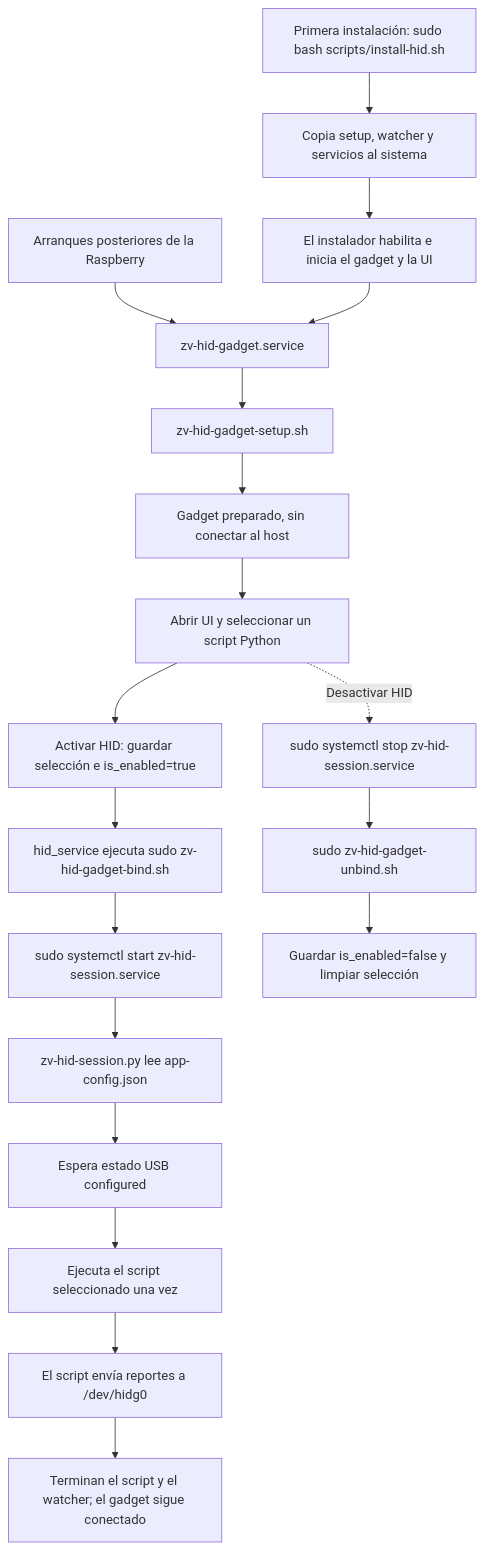
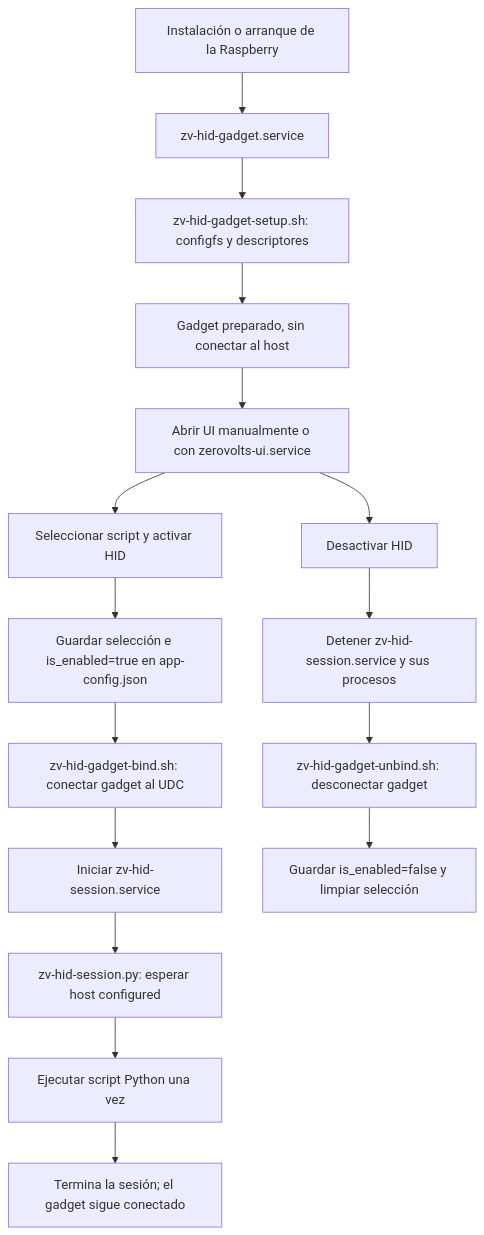
Before and after one commit to zero-volts/zerovolts-ui: the first of 2 diagrams in README.md, drawn with Mermaid. The commit also changed other lines of this file, not shown here.

````diff
--- a/README.md
+++ b/README.md
@@ -275,21 +266,18 @@
 ```mermaid
 flowchart TD
-    Install["Primera instalación: sudo bash scripts/install-hid.sh"] --> Files["Copia setup, watcher y servicios al sistema"]
-    Files --> Enable["El instalador habilita e inicia el gadget y la UI"]
-    Boot["Arranques posteriores de la Raspberry"] --> GadgetService["zv-hid-gadget.service"]
-    Enable --> GadgetService
-    GadgetService --> Setup["zv-hid-gadget-setup.sh"]
-    Setup --> Ready["Gadget preparado, sin conectar al host"]
-    Ready --> UI["Abrir UI y seleccionar un script Python"]
-    UI --> Save["Activar HID: guardar selección e is_enabled=true"]
-    Save --> Bind["hid_service ejecuta sudo zv-hid-gadget-bind.sh"]
-    Bind --> Session["sudo systemctl start zv-hid-session.service"]
-    Session --> Watcher["zv-hid-session.py lee app-config.json"]
-    Watcher --> Wait["Espera estado USB configured"]
-    Wait --> Run["Ejecuta el script seleccionado una vez"]
-    Run --> Reports["El script envía reportes a /dev/hidg0"]
-    Reports --> End["Terminan el script y el watcher; el gadget sigue conectado"]
-    UI -. "Desactivar HID" .-> Stop["sudo systemctl stop zv-hid-session.service"]
-    Stop --> Unbind["sudo zv-hid-gadget-unbind.sh"]
-    Unbind --> Clear["Guardar is_enabled=false y limpiar selección"]
+    BOOT["Instalación o arranque de la Raspberry"] --> GADGET["zv-hid-gadget.service"]
+    GADGET --> SETUP["zv-hid-gadget-setup.sh: configfs y descriptores"]
+    SETUP --> READY["Gadget preparado, sin conectar al host"]
+    READY --> UI["Abrir UI manualmente o con zerovolts-ui.service"]
+    UI --> SELECT["Seleccionar script y activar HID"]
+    SELECT --> SAVE["Guardar selección e is_enabled=true en app-config.json"]
+    SAVE --> BIND["zv-hid-gadget-bind.sh: conectar gadget al UDC"]
+    BIND --> SESSION["Iniciar zv-hid-session.service"]
+    SESSION --> WATCH["zv-hid-session.py: esperar host configured"]
+    WATCH --> RUN["Ejecutar script Python una vez"]
+    RUN --> END["Termina la sesión; el gadget sigue conectado"]
+    UI --> OFF["Desactivar HID"]
+    OFF --> STOP["Detener zv-hid-session.service y sus procesos"]
+    STOP --> UNBIND["zv-hid-gadget-unbind.sh: desconectar gadget"]
+    UNBIND --> CLEAR["Guardar is_enabled=false y limpiar selección"]
 ```
````
